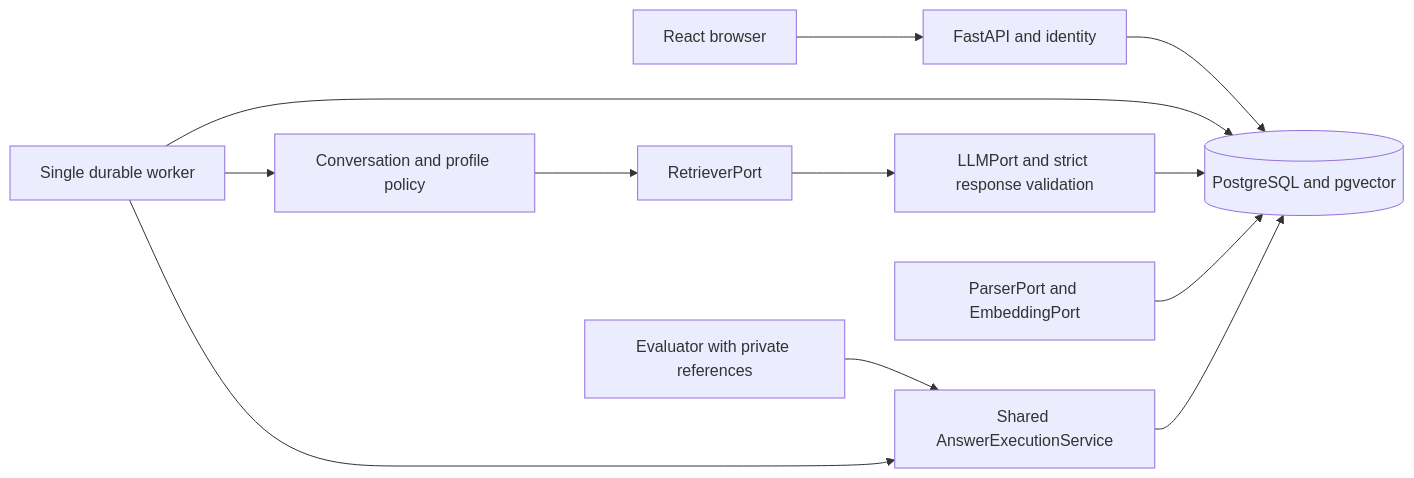
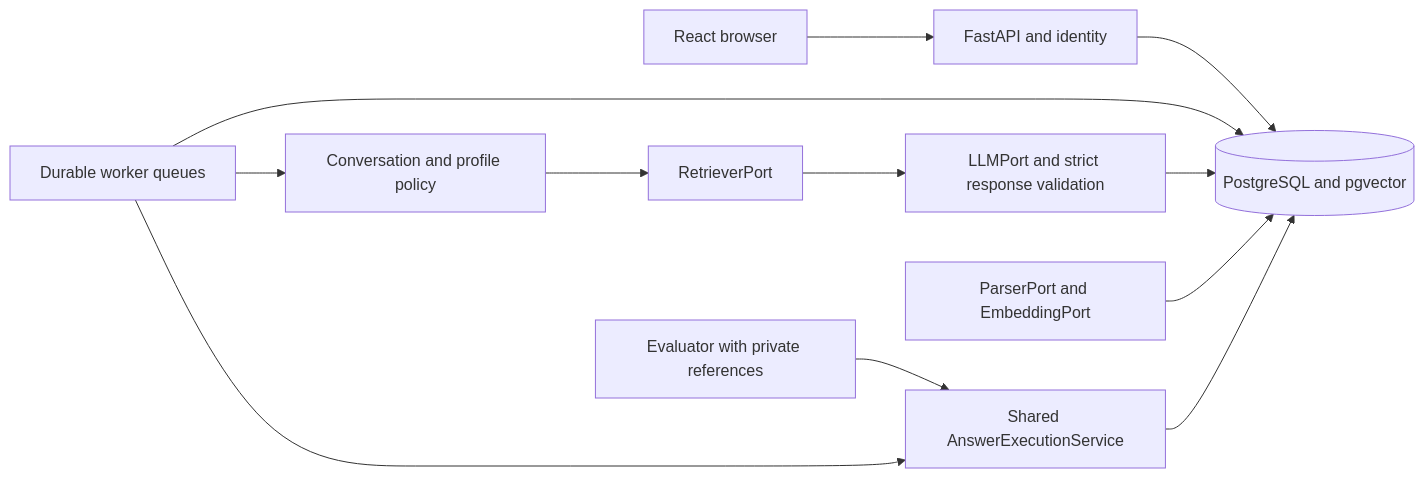
The first of 3 diagrams in docs/foundation/architecture.md (5703-org/5703), drawn with Mermaid before and after one commit. The commit also changed other lines of this file and 428 other files, not shown here.

````diff
--- a/docs/foundation/architecture.md
+++ b/docs/foundation/architecture.md
@@ -7,14 +453,53 @@
 ```mermaid
+
+
+
 flowchart LR
+
+
+
   UI[React browser] --> API[FastAPI and identity]
+
+
+
   API --> DB[(PostgreSQL and pgvector)]
-  Worker[Single durable worker] --> DB
+
+
+
+  Worker[Durable worker queues] --> DB
+
+
+
   Worker --> Prepare[Conversation and profile policy]
+
+
+
   Prepare --> Retrieve[RetrieverPort]
+
+
+
   Retrieve --> Generate[LLMPort and strict response validation]
+
+
+
   Generate --> DB
+
+
+
   Ingest[ParserPort and EmbeddingPort] --> DB
+
+
+
   Evaluate[Evaluator with private references] --> Service[Shared AnswerExecutionService]
+
+
+
   Service --> DB
+
+
+
   Worker --> Service
+
+
+
 ```
````
